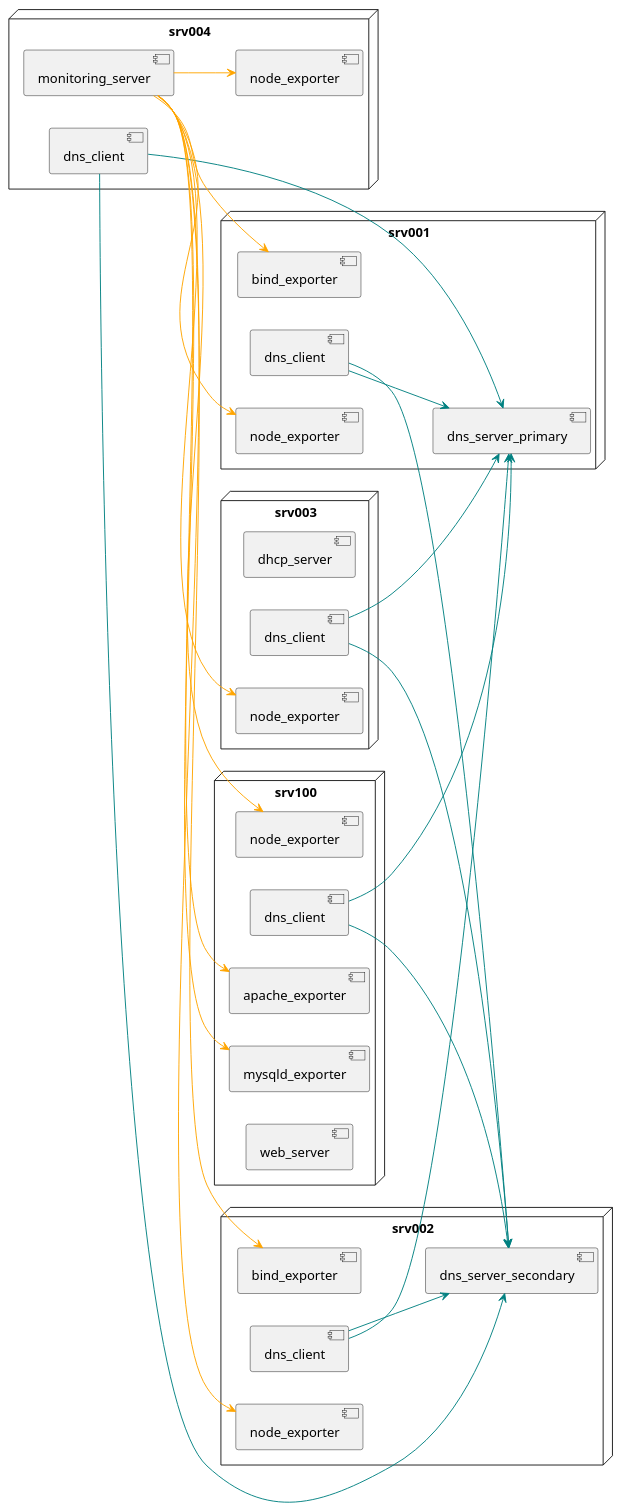
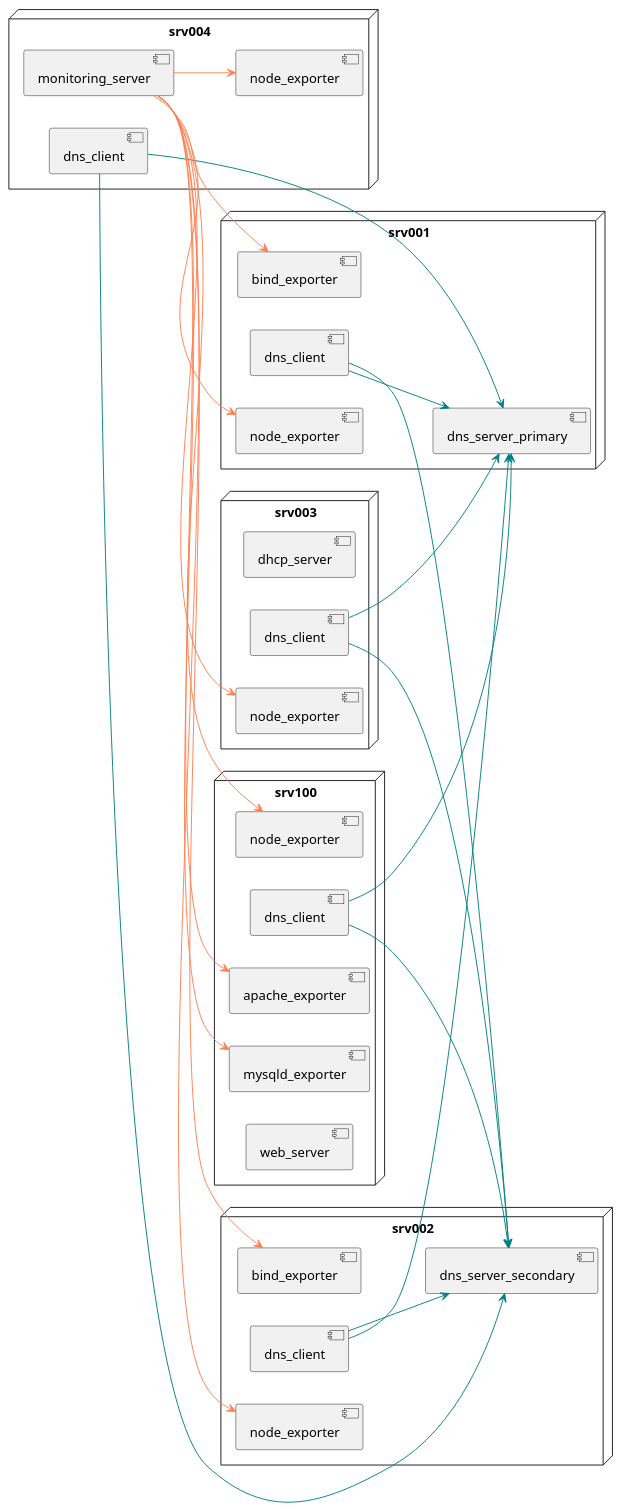
One commit to lucasluduenasegre/plantuml2ansible changed the diagram in input/infra_auto_env/uml_infra_auto_env.puml. Above: the diagram before and after it, drawn with PlantUML. The commit also changed 6 other files, not shown here.

```diff
--- a/input/infra_auto_env/uml_infra_auto_env.puml
+++ b/input/infra_auto_env/uml_infra_auto_env.puml
@@ -1,63 +1,63 @@
 @startuml infra_auto_env
 set separator .
 left to right direction
 
 node srv001 {
     component bind_exporter
     component dns_client
     component dns_server_primary
     component node_exporter
 }
 
 node srv002 {
     component bind_exporter
     component dns_client
     component dns_server_secondary
     component node_exporter
 }
 
 node srv003 {
     component dhcp_server
     component dns_client
     component node_exporter
 }
 
 node srv004 {
     component dns_client
     component monitoring_server
     component node_exporter
 }
 
 node srv100 {
     component apache_exporter
     component dns_client
     component mysqld_exporter
     component node_exporter
     component web_server
 }
 
 srv001.dns_client -[#teal]-> srv001.dns_server_primary
 srv001.dns_client -[#teal]-> srv002.dns_server_secondary
 
 srv002.dns_client -[#teal]-> srv001.dns_server_primary
 srv002.dns_client -[#teal]-> srv002.dns_server_secondary
 
 srv003.dns_client -[#teal]-> srv001.dns_server_primary
 srv003.dns_client -[#teal]-> srv002.dns_server_secondary
 
 srv004.dns_client -[#teal]-> srv001.dns_server_primary
 srv004.dns_client -[#teal]-> srv002.dns_server_secondary
-srv004.monitoring_server -[#orange]-> srv001.bind_exporter
-srv004.monitoring_server -[#orange]-> srv001.node_exporter
-srv004.monitoring_server -[#orange]-> srv002.bind_exporter
-srv004.monitoring_server -[#orange]-> srv002.node_exporter
-srv004.monitoring_server -[#orange]-> srv003.node_exporter
-srv004.monitoring_server -[#orange]-> srv004.node_exporter
-srv004.monitoring_server -[#orange]-> srv100.apache_exporter
-srv004.monitoring_server -[#orange]-> srv100.mysqld_exporter
-srv004.monitoring_server -[#orange]-> srv100.node_exporter
+srv004.monitoring_server -[#coral]-> srv001.bind_exporter
+srv004.monitoring_server -[#coral]-> srv001.node_exporter
+srv004.monitoring_server -[#coral]-> srv002.bind_exporter
+srv004.monitoring_server -[#coral]-> srv002.node_exporter
+srv004.monitoring_server -[#coral]-> srv003.node_exporter
+srv004.monitoring_server -[#coral]-> srv004.node_exporter
+srv004.monitoring_server -[#coral]-> srv100.apache_exporter
+srv004.monitoring_server -[#coral]-> srv100.mysqld_exporter
+srv004.monitoring_server -[#coral]-> srv100.node_exporter
 
 srv100.dns_client -[#teal]-> srv001.dns_server_primary
 srv100.dns_client -[#teal]-> srv002.dns_server_secondary
 
 @enduml
```
